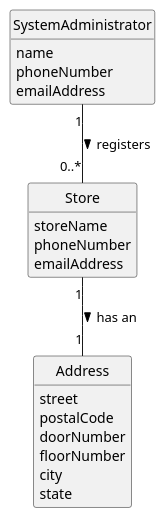
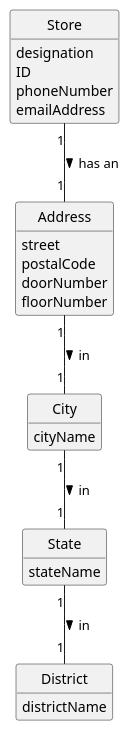
Before and after one commit to 1220812/LAPR2: the diagram in docs/sprintA/us005/02.analysis/puml/us005-domain-model.puml, drawn with PlantUML. The commit also changed 1 other file, not shown here.

```diff
--- a/docs/sprintA/us005/02.analysis/puml/us005-domain-model.puml
+++ b/docs/sprintA/us005/02.analysis/puml/us005-domain-model.puml
@@ -1,37 +1,44 @@
 @startuml
 skinparam monochrome true
 skinparam packageStyle rectangle
 skinparam shadowing false
 
 'left to right direction
 
 skinparam classAttributeIconSize 0
 
 hide circle
 hide methods
 
 class Store {
-    storeName
+    designation
+    ID
     phoneNumber
     emailAddress
 }
 
-class SystemAdministrator {
-    name
-    phoneNumber
-    emailAddress
+class State {
+    stateName
+}
+
+class District {
+    districtName
+}
+
+class City {
+    cityName
 }
 
 class Address {
     street
     postalCode
     doorNumber
     floorNumber
-    city
-    state
 }
 
-SystemAdministrator "1" -- "0..*" Store : registers >
+Address "1" -- "1" City : in >
+City "1" -- "1" State : in >
+State "1" -- "1" District : in >
 Store "1" -- "1" Address : has an >
 
 @enduml
```
